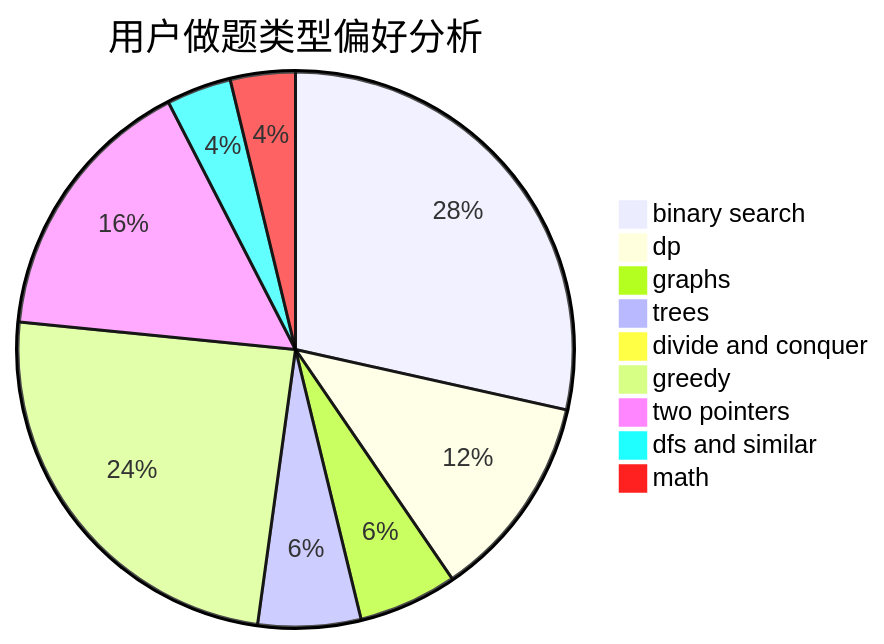
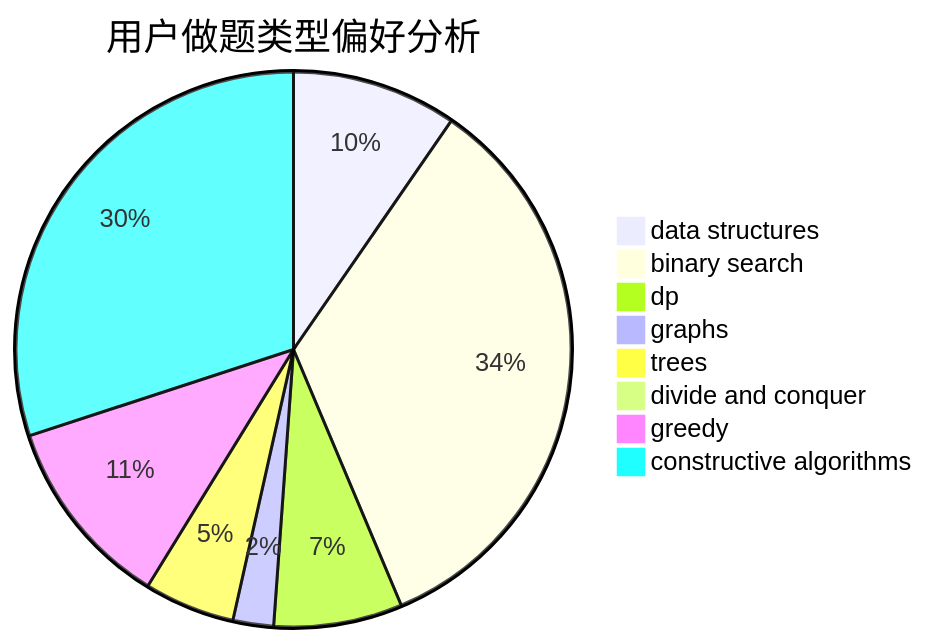
One commit to sherpahu/cfrs.github.io changed the second of 3 diagrams in docs/user/u1673.md. Above: the diagram before and after it, drawn with Mermaid. The commit also changed other lines of this file and 2775 other files, not shown here.

````diff
--- a/docs/user/u1673.md
+++ b/docs/user/u1673.md
@@ -23,12 +23,11 @@
 ```mermaid
 pie title 用户做题类型偏好分析
-    "binary search" :  724
-    "dp" :  304
-    "graphs" :  146
-    "trees" :  152
-    "divide and conquer" :  1
-    "greedy" :  620
-    "two pointers" :  403
-    "dfs and similar" :  96
-    "math" :  96
+    "data structures" :  122
+    "binary search" :  432
+    "dp" :  95
+    "graphs" :  30
+    "trees" :  67
+    "divide and conquer" :  0
+    "greedy" :  142
+    "constructive algorithms" :  381
 ```
````
